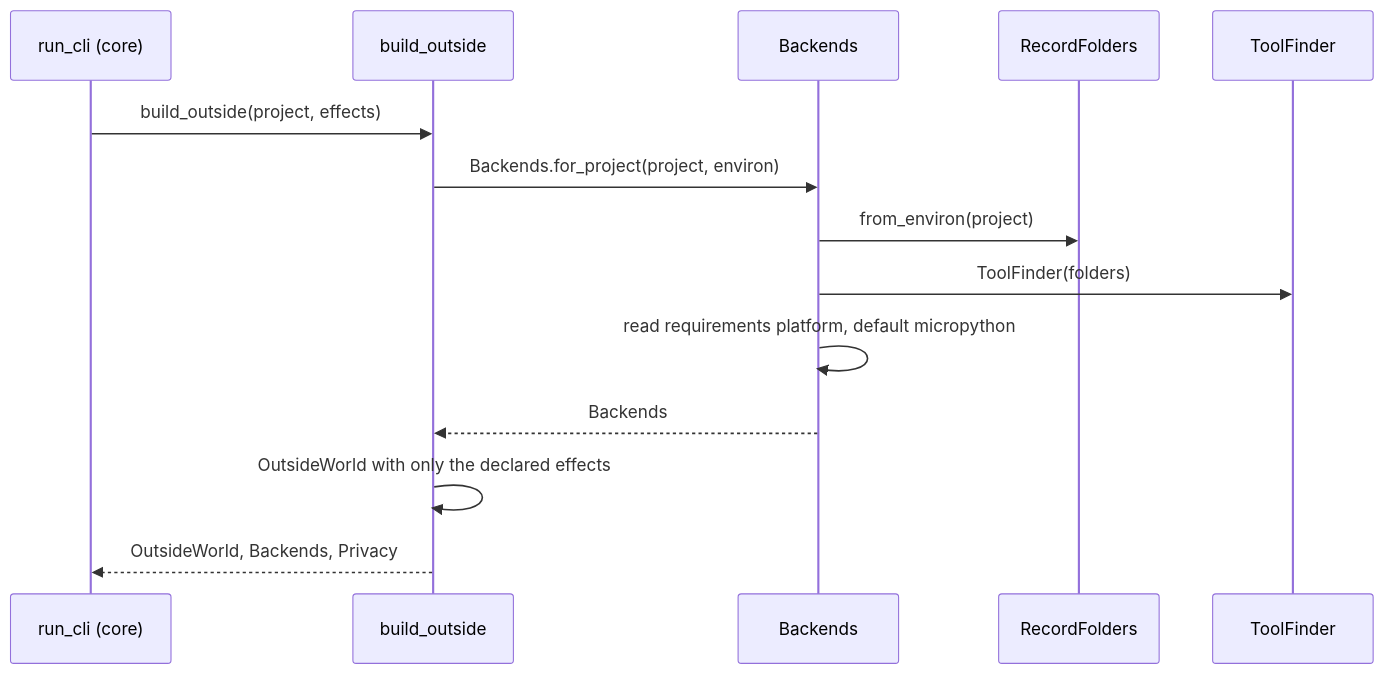
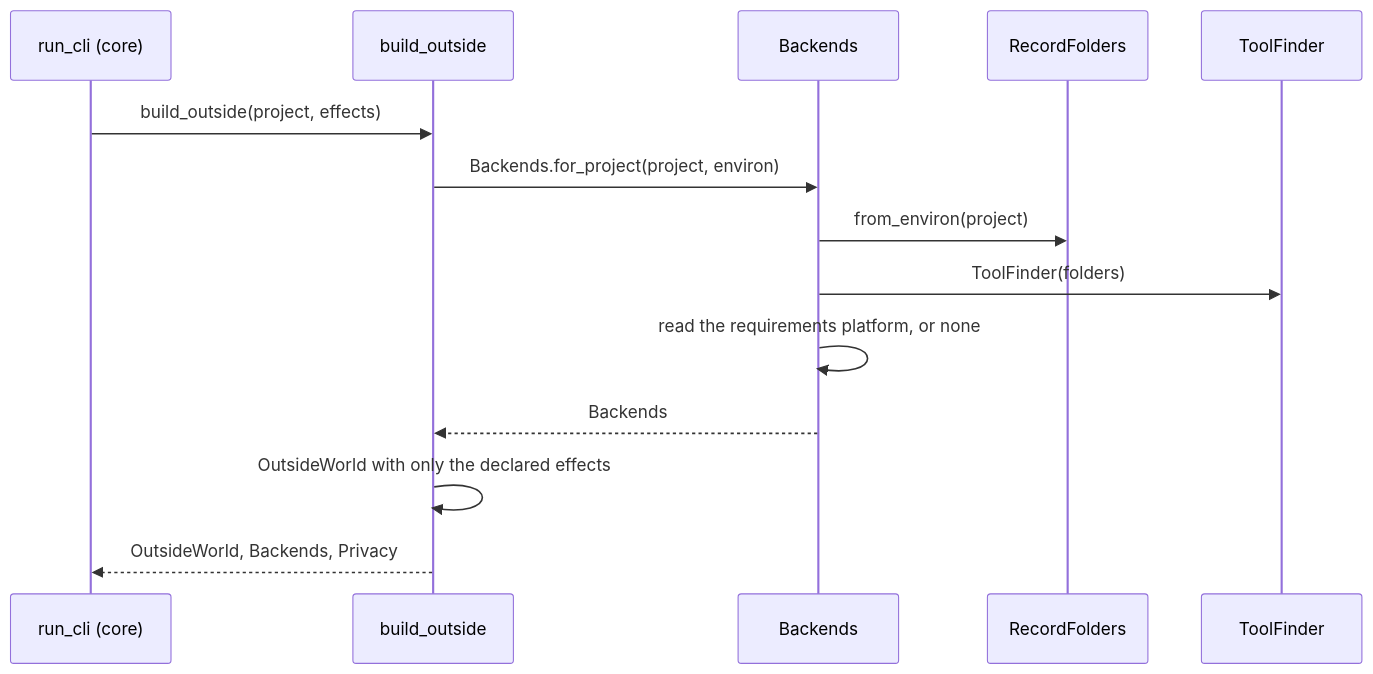
One commit to xmejkal/spark changed the second of 2 diagrams in docs/discovery/2026-10-19-p323-target-architecture/architecture/areas/records.md. Above: the diagram before and after it, drawn with Mermaid. The commit also changed other lines of this file and 13 other files, not shown here.

````diff
--- a/docs/discovery/2026-10-19-p323-target-architecture/architecture/areas/records.md
+++ b/docs/discovery/2026-10-19-p323-target-architecture/architecture/areas/records.md
@@ -116,16 +111,16 @@
 ```mermaid
 sequenceDiagram
   participant RC as run_cli (core)
   participant BO as build_outside
   participant BK as Backends
   participant RF as RecordFolders
   participant TF as ToolFinder
   RC->>BO: build_outside(project, effects)
   BO->>BK: Backends.for_project(project, environ)
   BK->>RF: from_environ(project)
   BK->>TF: ToolFinder(folders)
-  BK->>BK: read requirements platform, default micropython
+  BK->>BK: read the requirements platform, or none
   BK-->>BO: Backends
   BO->>BO: OutsideWorld with only the declared effects
   BO-->>RC: OutsideWorld, Backends, Privacy
 ```
````
